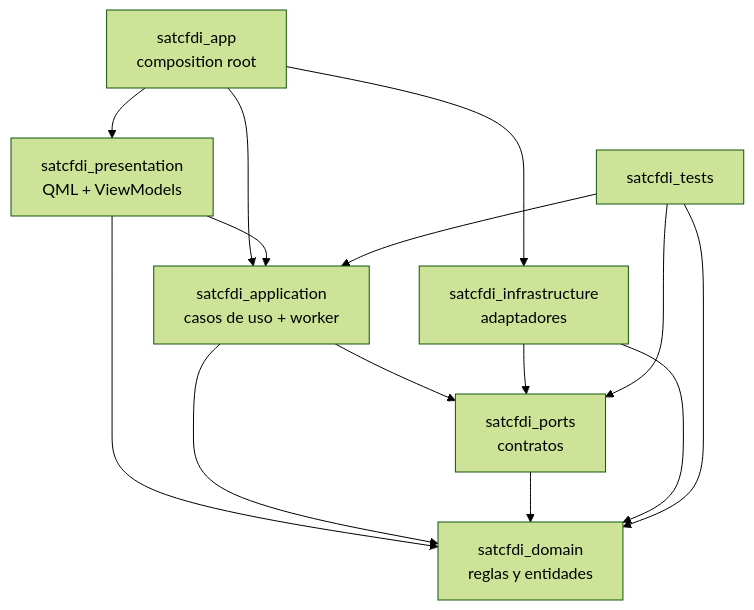
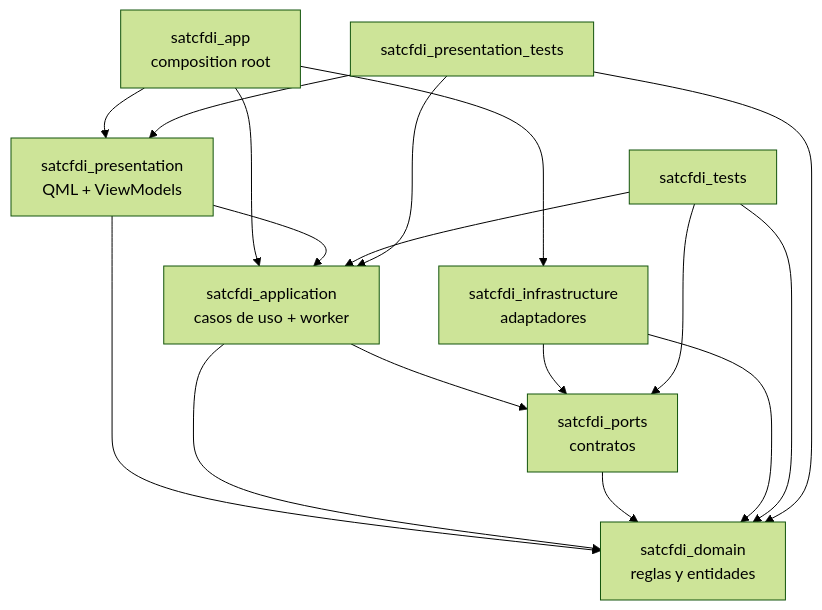
Before and after one commit to irritila/sat-cfdi-downloader: the diagram in docs/design/qt-project-structure.md, drawn with Mermaid (forest theme). The commit also changed other lines of this file and 1 other file, not shown here.

````diff
--- a/docs/design/qt-project-structure.md
+++ b/docs/design/qt-project-structure.md
@@ -35,28 +36,32 @@
 ```mermaid
 flowchart TB
     app["satcfdi_app<br/>composition root"]
     presentation["satcfdi_presentation<br/>QML + ViewModels"]
     application["satcfdi_application<br/>casos de uso + worker"]
     ports["satcfdi_ports<br/>contratos"]
     domain["satcfdi_domain<br/>reglas y entidades"]
     infrastructure["satcfdi_infrastructure<br/>adaptadores"]
     tests["satcfdi_tests"]
+    presentation_tests["satcfdi_presentation_tests"]
 
     app --> presentation
     app --> application
     app --> infrastructure
 
     presentation --> application
     presentation --> domain
 
     application --> ports
     application --> domain
 
     ports --> domain
     infrastructure --> ports
     infrastructure --> domain
 
     tests --> domain
     tests --> application
     tests --> ports
+    presentation_tests --> presentation
+    presentation_tests --> application
+    presentation_tests --> domain
 ```
````
